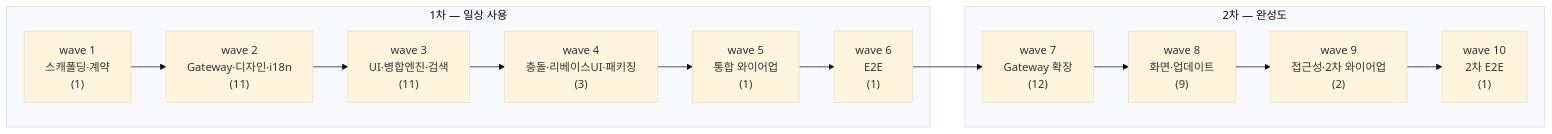
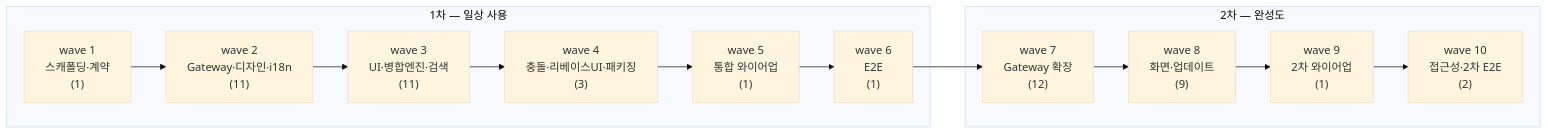
One commit to biuea3866/gitkraken-clone-app changed the diagram in tickets/README.md. Above: the diagram before and after it, drawn with Mermaid (base theme). The commit also changed other lines of this file and 26 other files, not shown here.

````diff
--- a/tickets/README.md
+++ b/tickets/README.md
@@ -101,26 +109,26 @@
 ```mermaid
 flowchart LR
     subgraph P1["1차 — 일상 사용"]
         W1["wave 1<br/>스캐폴딩·계약<br/>(1)"]
         W2["wave 2<br/>Gateway·디자인·i18n<br/>(11)"]
         W3["wave 3<br/>UI·병합엔진·검색<br/>(11)"]
         W4["wave 4<br/>충돌·리베이스UI·패키징<br/>(3)"]
         W5["wave 5<br/>통합 와이어업<br/>(1)"]
         W6["wave 6<br/>E2E<br/>(1)"]
     end
     subgraph P2["2차 — 완성도"]
         W7["wave 7<br/>Gateway 확장<br/>(12)"]
         W8["wave 8<br/>화면·업데이트<br/>(9)"]
-        W9["wave 9<br/>접근성·2차 와이어업<br/>(2)"]
-        W10["wave 10<br/>2차 E2E<br/>(1)"]
+        W9["wave 9<br/>2차 와이어업<br/>(1)"]
+        W10["wave 10<br/>접근성·2차 E2E<br/>(2)"]
     end
     W1 --> W2
     W2 --> W3
     W3 --> W4
     W4 --> W5
     W5 --> W6
     W6 --> W7
     W7 --> W8
     W8 --> W9
     W9 --> W10
 ```
````
